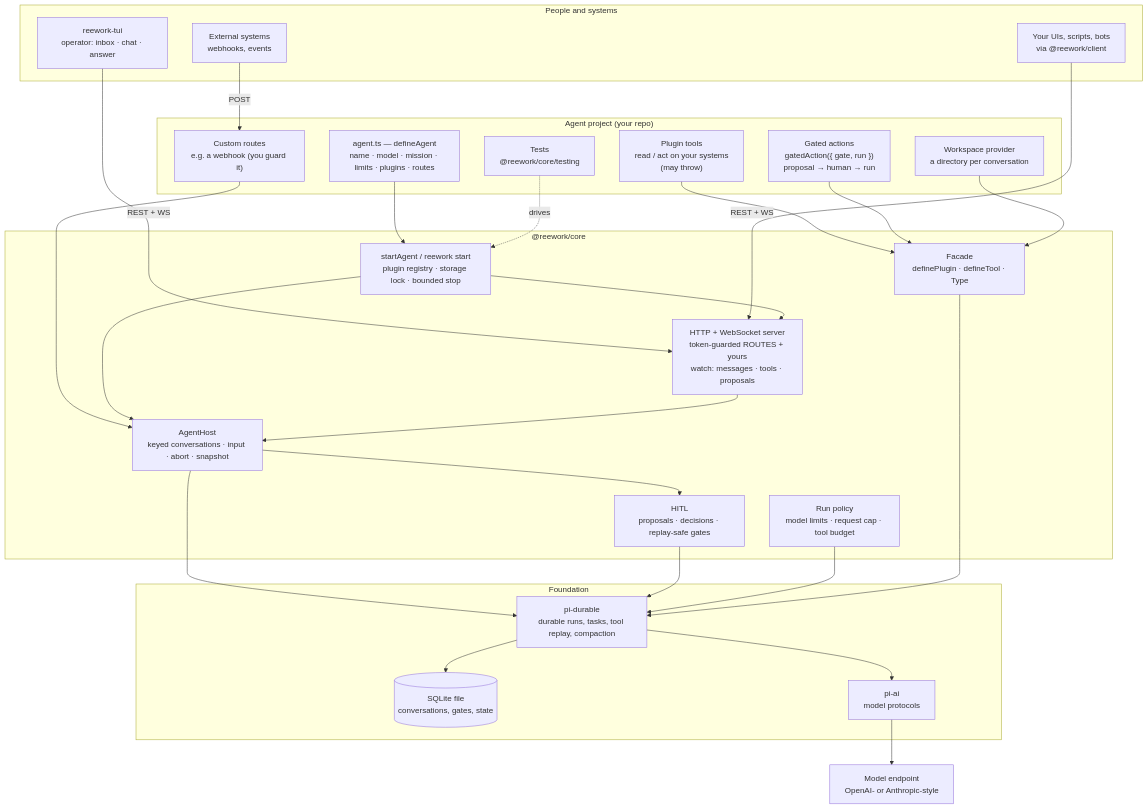
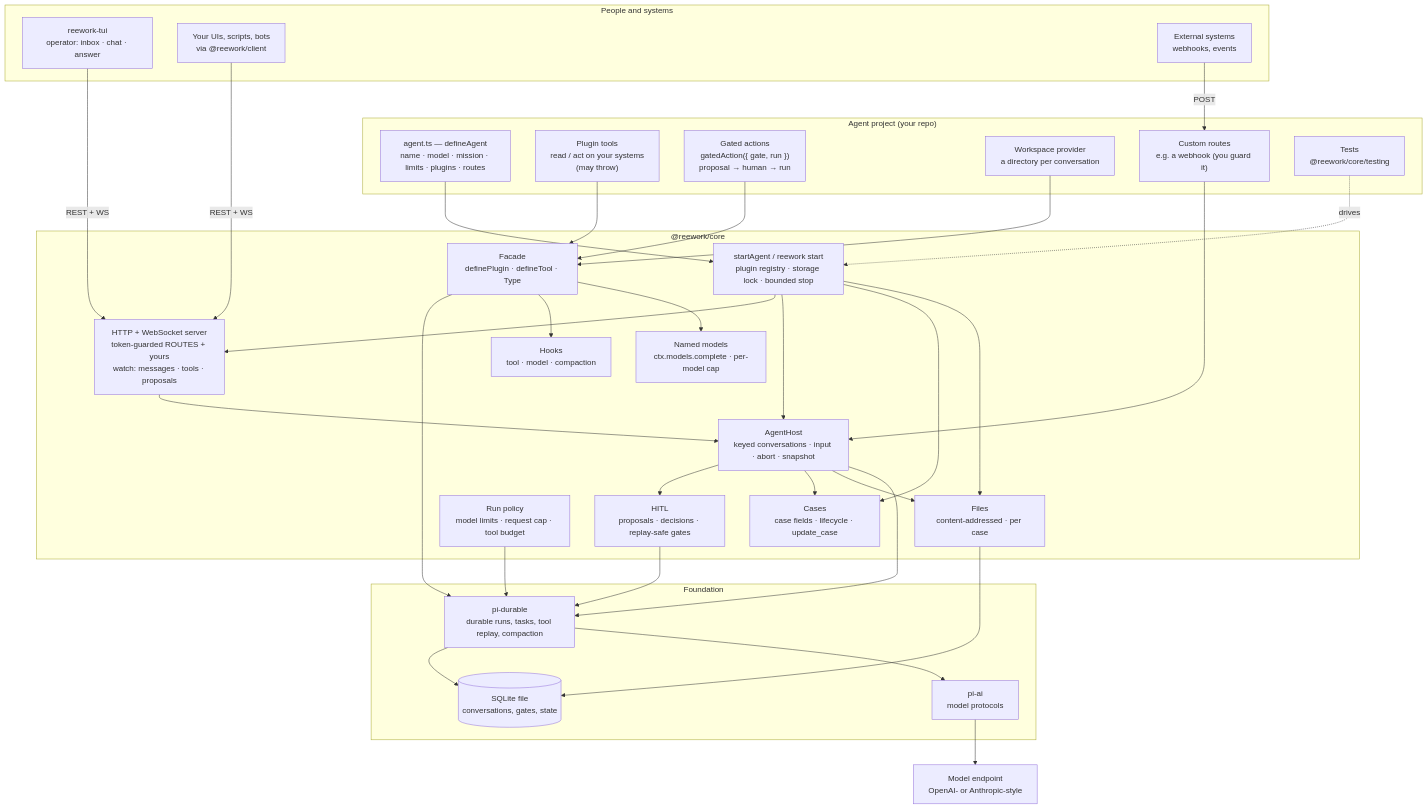
Before and after one commit to pelerintech/reework: the diagram in docs/architecture.md, drawn with Mermaid. The commit also changed other lines of this file and 2 other files, not shown here.

````diff
--- a/docs/architecture.md
+++ b/docs/architecture.md
@@ -7,57 +7,68 @@
 ```mermaid
 flowchart TB
   subgraph clients["People and systems"]
     tui["reework-tui<br/>operator: inbox · chat · answer"]
     apps["Your UIs, scripts, bots<br/>via @reework/client"]
     ext["External systems<br/>webhooks, events"]
   end
 
   subgraph project["Agent project (your repo)"]
     def["agent.ts — defineAgent<br/>name · model · mission · limits · plugins · routes"]
     tools["Plugin tools<br/>read / act on your systems<br/>(may throw)"]
     gated["Gated actions<br/>gatedAction({ gate, run })<br/>proposal → human → run"]
     ws["Workspace provider<br/>a directory per conversation"]
     routes["Custom routes<br/>e.g. a webhook (you guard it)"]
     tests["Tests<br/>@reework/core/testing"]
   end
 
   subgraph core["@reework/core"]
     boot["startAgent / reework start<br/>plugin registry · storage lock · bounded stop"]
     server["HTTP + WebSocket server<br/>token-guarded ROUTES + yours<br/>watch: messages · tools · proposals"]
     host["AgentHost<br/>keyed conversations · input · abort · snapshot"]
     hitl["HITL<br/>proposals · decisions · replay-safe gates"]
     policy["Run policy<br/>model limits · request cap · tool budget"]
+    cases["Cases<br/>case fields · lifecycle · update_case"]
+    files["Files<br/>content-addressed · per case"]
+    hooks["Hooks<br/>tool · model · compaction"]
+    models["Named models<br/>ctx.models.complete · per-model cap"]
     facade["Facade<br/>definePlugin · defineTool · Type"]
   end
 
   subgraph base["Foundation"]
     durable["pi-durable<br/>durable runs, tasks, tool replay, compaction"]
     sqlite[("SQLite file<br/>conversations, gates, state")]
     piai["pi-ai<br/>model protocols"]
   end
 
   model["Model endpoint<br/>OpenAI- or Anthropic-style"]
 
   tui -->|REST + WS| server
   apps -->|REST + WS| server
   ext -->|POST| routes
 
   def --> boot
   tools --> facade
   gated --> facade
   ws --> facade
   routes --> host
   tests -.->|drives| boot
 
   boot --> server
   boot --> host
+  boot --> cases
+  boot --> files
   server --> host
   host --> hitl
+  host --> cases
+  host --> files
   host --> durable
   hitl --> durable
   policy --> durable
   facade --> durable
+  facade --> hooks
+  facade --> models
+  files --> sqlite
   durable --> sqlite
   durable --> piai
   piai --> model
 ```
````
